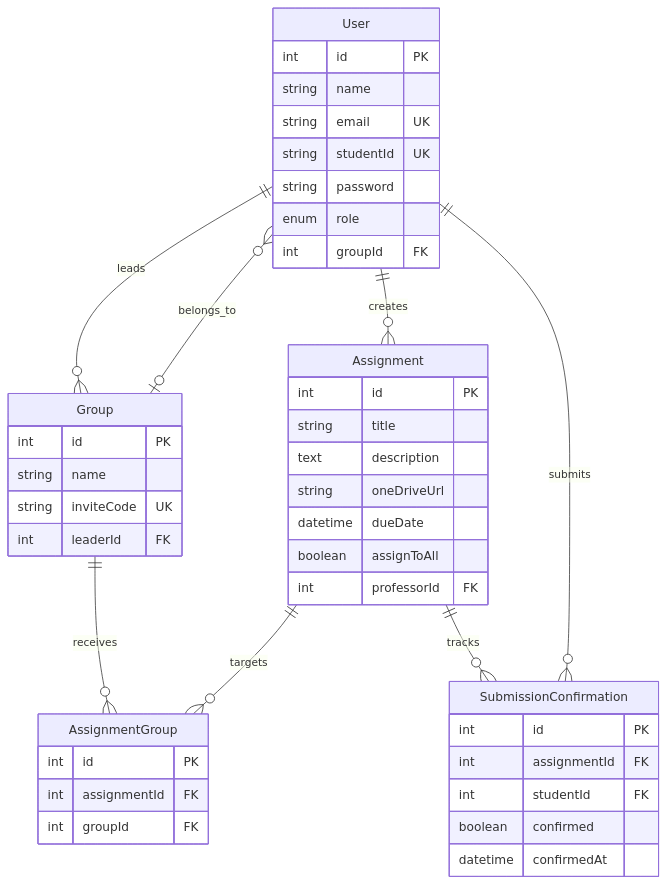
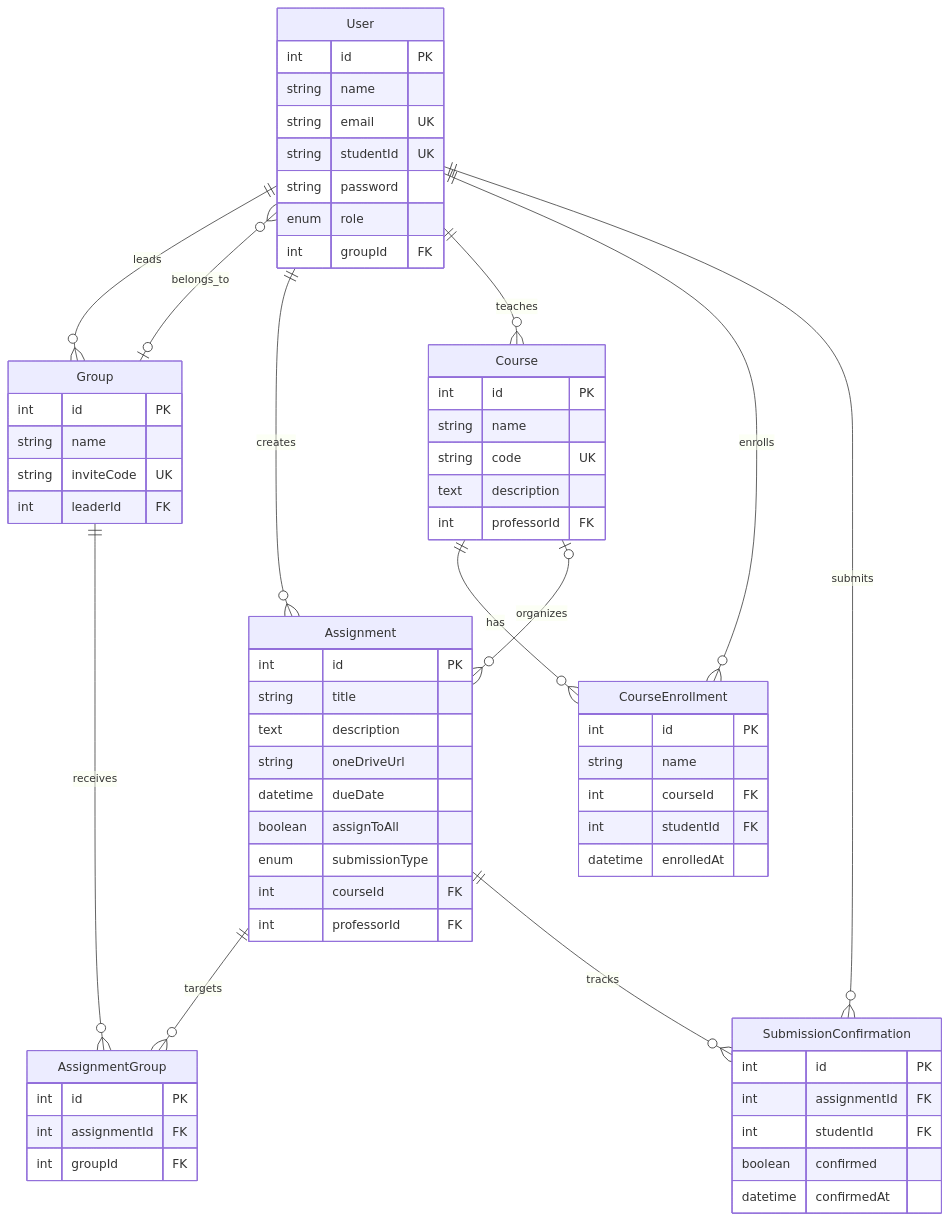
The diagram in README.md (lsiddhu/Joineasy), drawn with Mermaid before and after one commit. The commit also changed other lines of this file, not shown here.

Commit message:
Updated Readme file

````diff
--- a/README.md
+++ b/README.md
@@ -164,51 +176,73 @@
 ```mermaid
 erDiagram
     User ||--o{ Group : leads
     User }o--o| Group : belongs_to
     User ||--o{ Assignment : creates
+    User ||--o{ Course : teaches
+    Course ||--o{ CourseEnrollment : has
+    User ||--o{ CourseEnrollment : enrolls
+    Course o|--o{ Assignment : organizes
     Group ||--o{ AssignmentGroup : receives
     Assignment ||--o{ AssignmentGroup : targets
     User ||--o{ SubmissionConfirmation : submits
     Assignment ||--o{ SubmissionConfirmation : tracks
 
     User {
         int id PK
         string name
         string email UK
         string studentId UK
         string password
         enum role
         int groupId FK
     }
 
     Group {
         int id PK
         string name
         string inviteCode UK
         int leaderId FK
     }
 
     Assignment {
         int id PK
         string title
         text description
         string oneDriveUrl
         datetime dueDate
         boolean assignToAll
+        enum submissionType
+        int courseId FK
         int professorId FK
+    }
+
+    Course {
+        int id PK
+        string name
+        string code UK
+        text description
+        int professorId FK
+    }
+
+    CourseEnrollment {
+        int id PK
+        string name
+        int courseId FK
+        int studentId FK
+        datetime enrolledAt
     }
 
     AssignmentGroup {
         int id PK
         int assignmentId FK
         int groupId FK
     }
 
     SubmissionConfirmation {
         int id PK
         int assignmentId FK
         int studentId FK
         boolean confirmed
         datetime confirmedAt
     }
 ```
````
